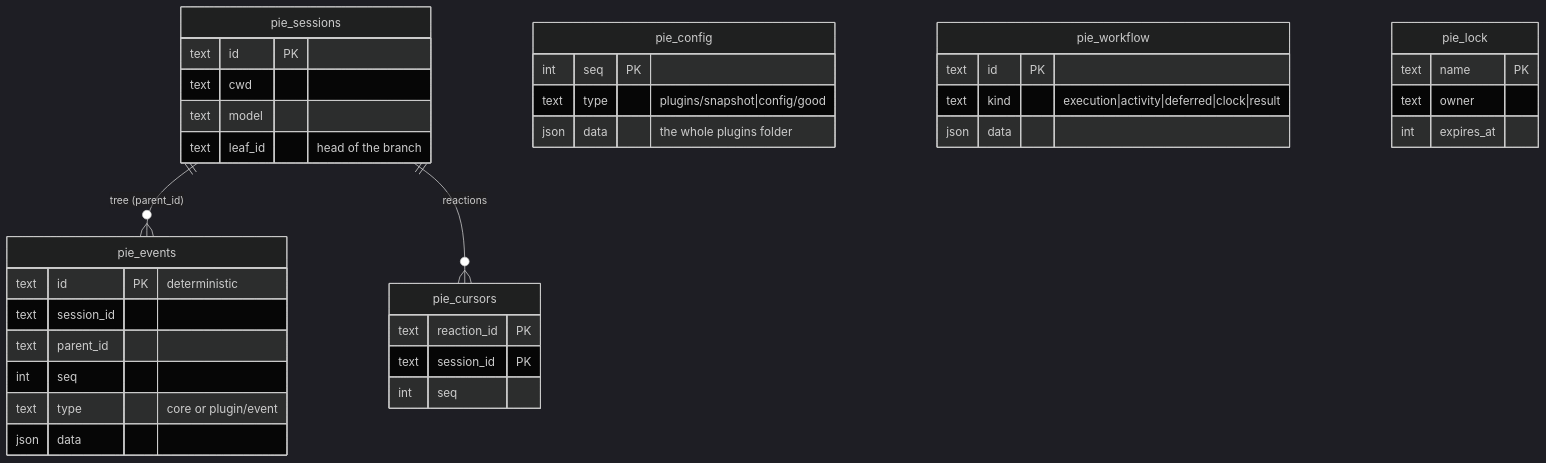
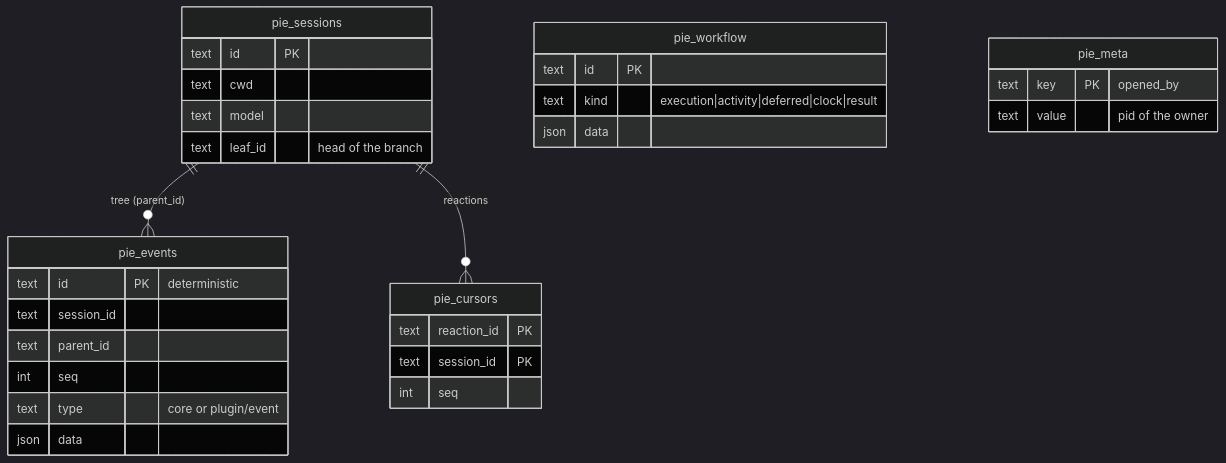
Before and after one commit to JavierDeDiegoGuzman/pie: the diagram in packages/sdk/docs/diagrams/persistence.mmd, drawn with Mermaid (dark theme). The commit also changed 110 other files, not shown here.

```diff
--- a/packages/sdk/docs/diagrams/persistence.mmd
+++ b/packages/sdk/docs/diagrams/persistence.mmd
@@ -1,37 +1,31 @@
 erDiagram
   pie_sessions ||--o{ pie_events : "tree (parent_id)"
   pie_sessions ||--o{ pie_cursors : "reactions"
   pie_events {
     text id PK "deterministic"
     text session_id
     text parent_id
     int seq
     text type "core or plugin/event"
     json data
   }
   pie_sessions {
     text id PK
     text cwd
     text model
     text leaf_id "head of the branch"
   }
-  pie_config {
-    int seq PK
-    text type "plugins/snapshot|config/good"
-    json data "the whole plugins folder"
-  }
   pie_cursors {
     text reaction_id PK
     text session_id PK
     int seq
   }
   pie_workflow {
     text id PK
     text kind "execution|activity|deferred|clock|result"
     json data
   }
-  pie_lock {
-    text name PK
-    text owner
-    int expires_at
+  pie_meta {
+    text key PK "opened_by"
+    text value "pid of the owner"
   }
```
